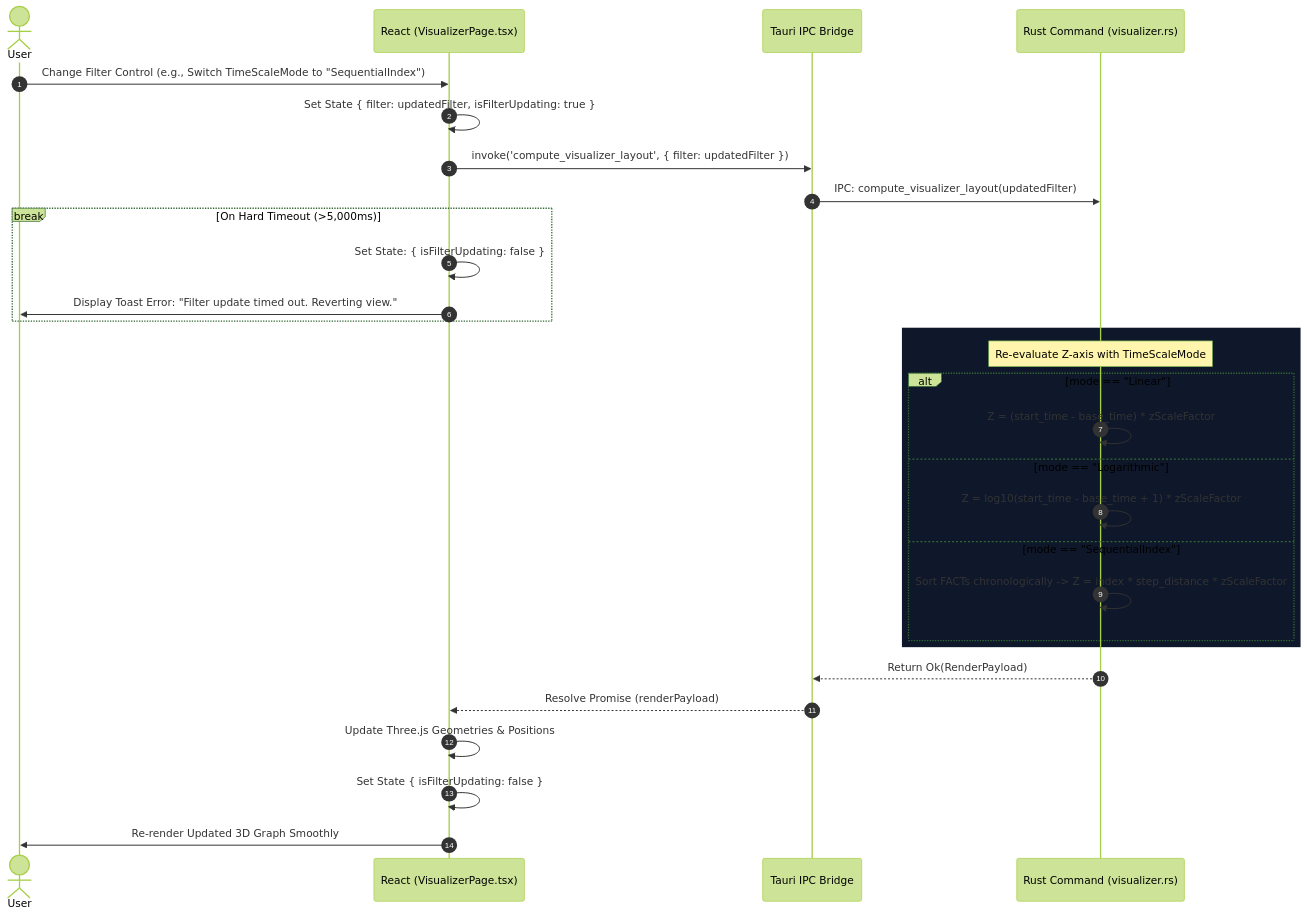
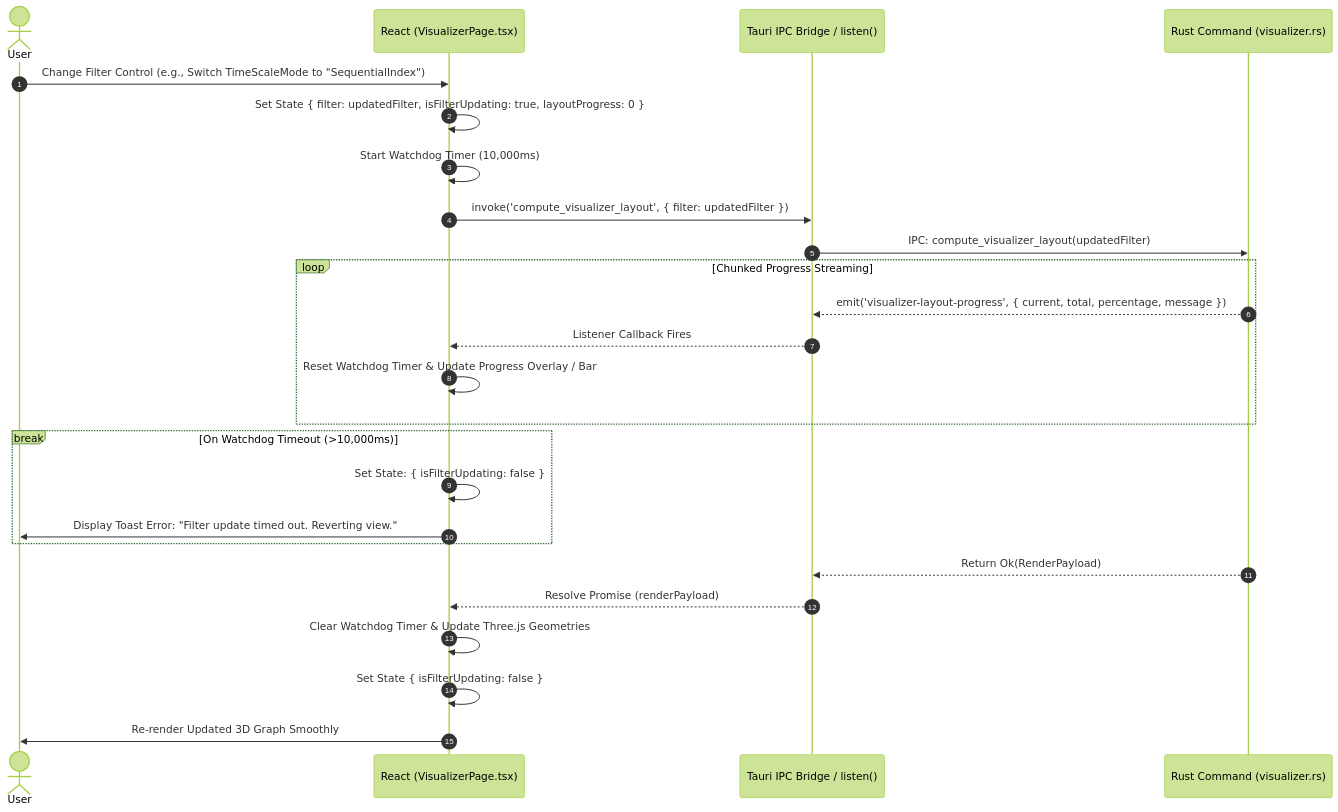
One commit to HibiyaHaraki/hasm changed the second of 4 diagrams in docs/arch/12-SEQ-03_Visualizer.md. Above: the diagram before and after it, drawn with Mermaid (forest theme). The commit also changed other lines of this file and 2 other files, not shown here.

Commit message:
Add progressbar emit for loading visualizing HASM

````diff
--- a/docs/arch/12-SEQ-03_Visualizer.md
+++ b/docs/arch/12-SEQ-03_Visualizer.md
@@ -162,38 +201,34 @@
 ```mermaid
 sequenceDiagram
     autonumber
     actor User as User
     participant React as React (VisualizerPage.tsx)
-    participant Bridge as Tauri IPC Bridge
+    participant Bridge as Tauri IPC Bridge / listen()
     participant Rust as Rust Command (visualizer.rs)
 
     User->>React: Change Filter Control (e.g., Switch TimeScaleMode to "SequentialIndex")
-    React->>React: Set State { filter: updatedFilter, isFilterUpdating: true }
+    React->>React: Set State { filter: updatedFilter, isFilterUpdating: true, layoutProgress: 0 }
+    React->>React: Start Watchdog Timer (10,000ms)
     
     React->>Bridge: invoke('compute_visualizer_layout', { filter: updatedFilter })
     Bridge->>Rust: IPC: compute_visualizer_layout(updatedFilter)
+
+    loop Chunked Progress Streaming
+        Rust-->>Bridge: emit('visualizer-layout-progress', { current, total, percentage, message })
+        Bridge-->>React: Listener Callback Fires
+        React->>React: Reset Watchdog Timer & Update Progress Overlay / Bar
+    end
     
-    break On Hard Timeout (>5,000ms)
+    break On Watchdog Timeout (>10,000ms)
         React->>React: Set State: { isFilterUpdating: false }
         React->>User: Display Toast Error: "Filter update timed out. Reverting view."
-    end
-
-    rect rgb(15, 23, 42)
-        Note over Rust: Re-evaluate Z-axis with TimeScaleMode
-        alt mode == "Linear"
-            Rust->>Rust: Z = (start_time - base_time) * zScaleFactor
-        else mode == "Logarithmic"
-            Rust->>Rust: Z = log10(start_time - base_time + 1) * zScaleFactor
-        else mode == "SequentialIndex"
-            Rust->>Rust: Sort FACTs chronologically -> Z = index * step_distance * zScaleFactor
-        end
     end
 
     Rust-->>Bridge: Return Ok(RenderPayload)
     Bridge-->>React: Resolve Promise (renderPayload)
     
-    React->>React: Update Three.js Geometries & Positions
+    React->>React: Clear Watchdog Timer & Update Three.js Geometries
     React->>React: Set State { isFilterUpdating: false }
     React->>User: Re-render Updated 3D Graph Smoothly
 
 ```
````
